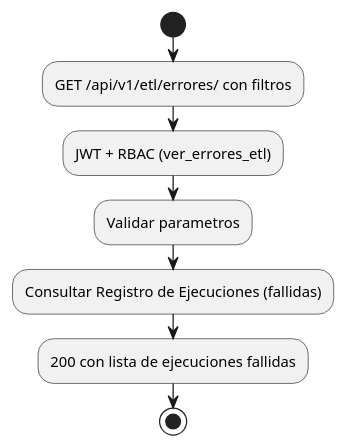
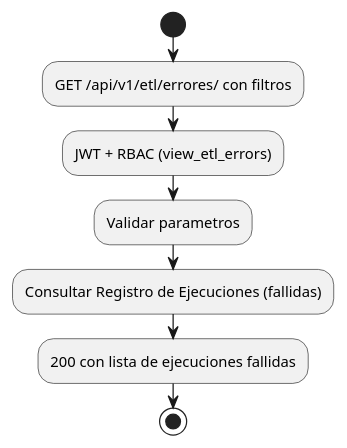
One commit to jcg-admin/IACT-docs changed the second of 4 diagrams in source/requisitos/casos-uso/pipeline/uc-pip-02/diagramas-uml.rst. Above: the diagram before and after it, drawn with PlantUML. The commit also changed 22 other files, not shown here.

First line of the commit message:
Add architecture UML docs and standardize RBAC function names

```diff
--- a/source/requisitos/casos-uso/pipeline/uc-pip-02/diagramas-uml.rst
+++ b/source/requisitos/casos-uso/pipeline/uc-pip-02/diagramas-uml.rst
@@ -28,11 +28,11 @@
 .. uml::
 
  @startuml
  start
  :GET /api/v1/etl/errores/ con filtros;
- :JWT + RBAC (ver_errores_etl);
+ :JWT + RBAC (view_etl_errors);
  :Validar parametros;
  :Consultar Registro de Ejecuciones (fallidas);
  :200 con lista de ejecuciones fallidas;
  stop
  @enduml
```
